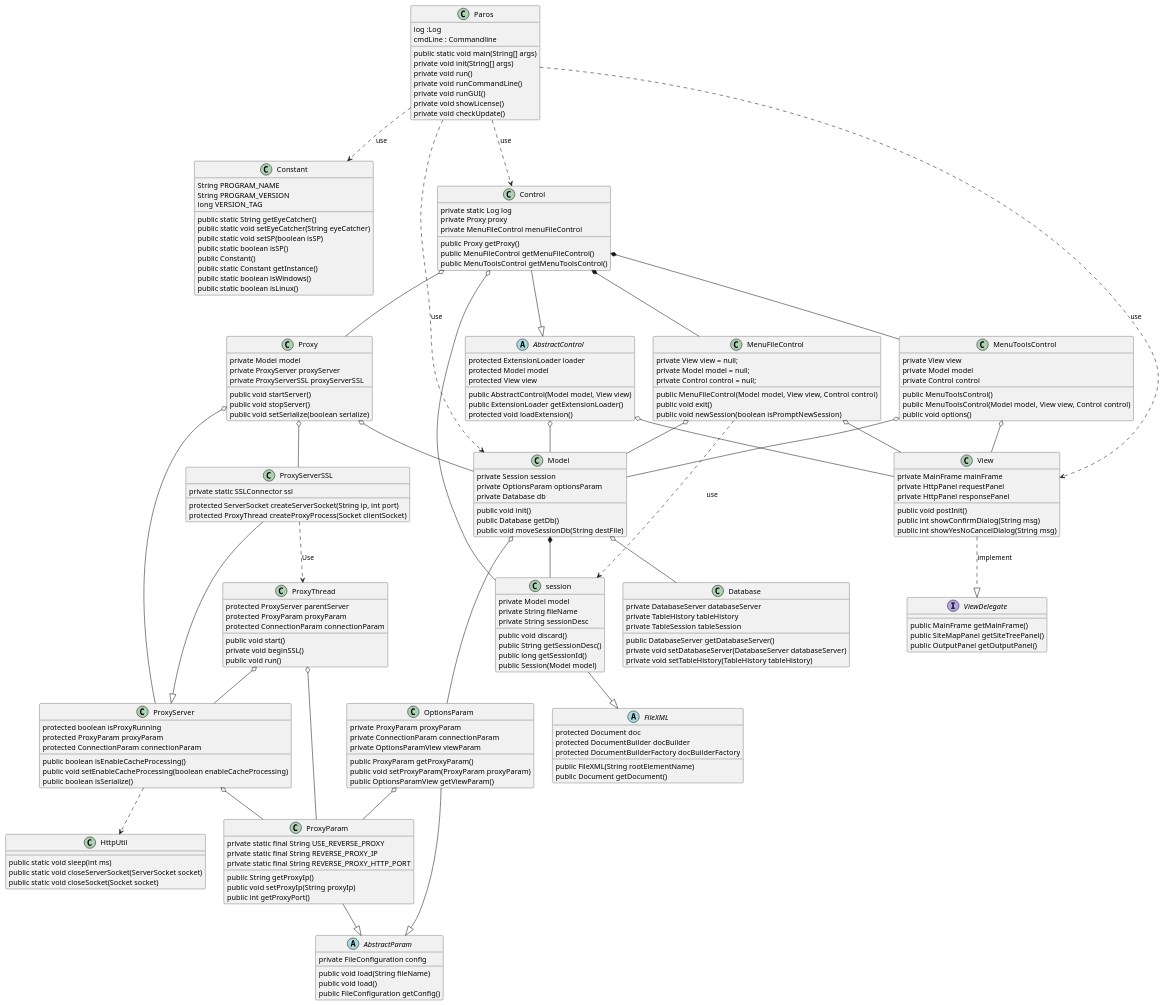
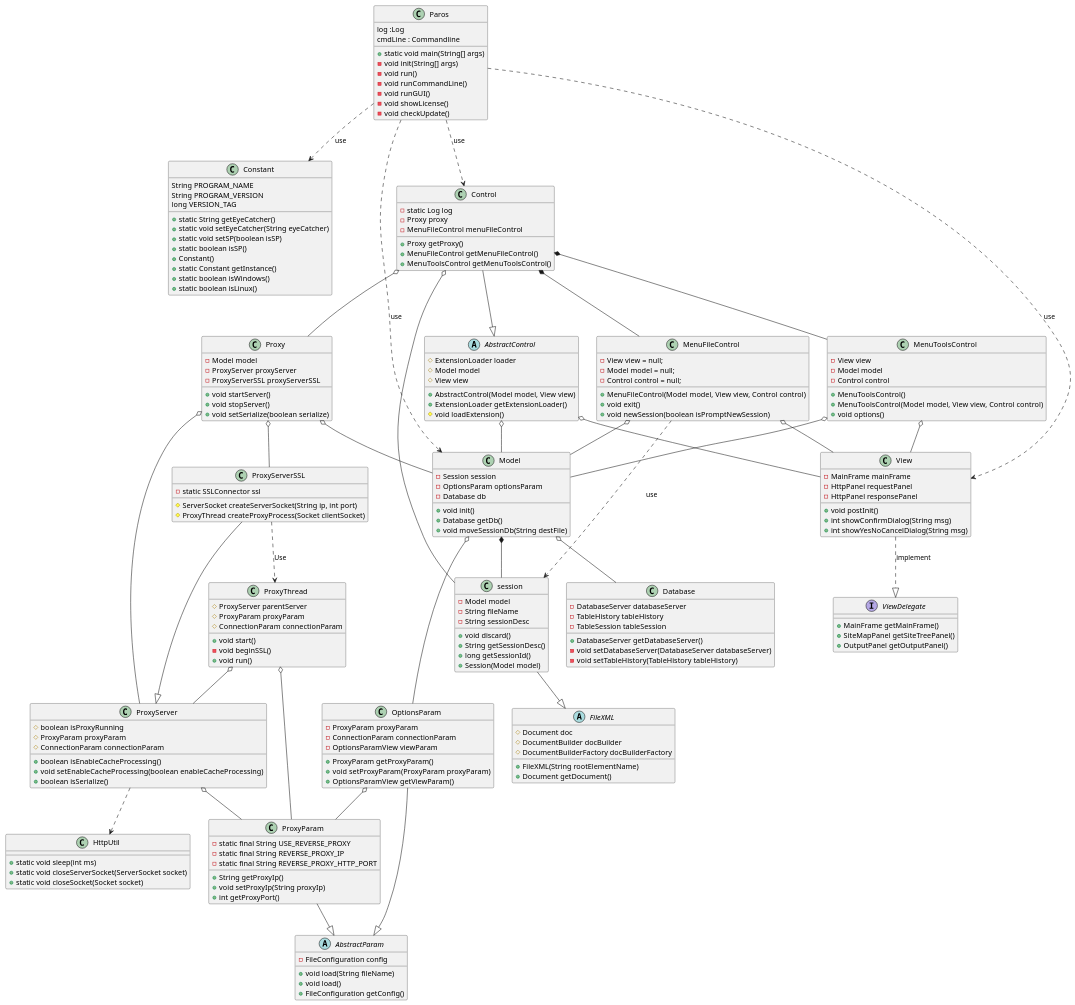
One commit to blxsheep/SoftArch_KMITL changed the diagram in paros_UML/class.plantuml. Above: the diagram before and after it, drawn with PlantUML. The commit also changed 1 other file, not shown here.

```diff
--- a/paros_UML/class.plantuml
+++ b/paros_UML/class.plantuml
@@ -3,170 +3,170 @@
     log :Log
     cmdLine : Commandline
     
-	public static void main(String[] args) 
-	private void init(String[] args)
-	private void run()
-	private void runCommandLine()
-	private void runGUI() 
-	private void showLicense()
-    private void checkUpdate()
+	+ static void main(String[] args) 
+	- void init(String[] args)
+	- void run()
+	- void runCommandLine()
+	- void runGUI() 
+	- void showLicense()
+    - void checkUpdate()
     }
 
 class Constant {
     String PROGRAM_NAME    
     String PROGRAM_VERSION 
     long VERSION_TAG
-    public static String getEyeCatcher()
-    public static void setEyeCatcher(String eyeCatcher)
-    public static void setSP(boolean isSP)
-    public static boolean isSP()
-    public Constant()
-    public static Constant getInstance()
-    public static boolean isWindows()
-    public static boolean isLinux()
+    + static String getEyeCatcher()
+    + static void setEyeCatcher(String eyeCatcher)
+    + static void setSP(boolean isSP)
+    + static boolean isSP()
+    + Constant()
+    + static Constant getInstance()
+    + static boolean isWindows()
+    + static boolean isLinux()
 }
 
 Paros ..> Constant : use
 abstract class FileXML {
-    protected Document doc 
-	protected DocumentBuilder docBuilder 
-	protected DocumentBuilderFactory docBuilderFactory 
-    public FileXML(String rootElementName)
-    public Document getDocument()
+    # Document doc 
+	# DocumentBuilder docBuilder 
+	# DocumentBuilderFactory docBuilderFactory 
+    + FileXML(String rootElementName)
+    + Document getDocument()
    
 }
 class Model {
-    private Session session 
-	private OptionsParam optionsParam 
-	private Database db 
-    public void init()
-    public Database getDb()
-    public void moveSessionDb(String destFile)
+    - Session session 
+	- OptionsParam optionsParam 
+	- Database db 
+    + void init()
+    + Database getDb()
+    + void moveSessionDb(String destFile)
 
 }
 class View {
-    private MainFrame mainFrame 
-	private HttpPanel requestPanel 
-	private HttpPanel responsePanel 
-    public void postInit()
-    public int showConfirmDialog(String msg)
-    public int showYesNoCancelDialog(String msg)
+    - MainFrame mainFrame 
+	- HttpPanel requestPanel 
+	- HttpPanel responsePanel 
+    + void postInit()
+    + int showConfirmDialog(String msg)
+    + int showYesNoCancelDialog(String msg)
 
     }
 class Control {
-    private static Log log 
-    private Proxy proxy 
-    private MenuFileControl menuFileControl 
-    public Proxy getProxy()
-    public MenuFileControl getMenuFileControl()
-    public MenuToolsControl getMenuToolsControl()
+    - static Log log 
+    - Proxy proxy 
+    - MenuFileControl menuFileControl 
+    + Proxy getProxy()
+    + MenuFileControl getMenuFileControl()
+    + MenuToolsControl getMenuToolsControl()
 }
 class session {
-    private Model model 
-	private String fileName 
-	private String sessionDesc 
-    public void discard()
-    public String getSessionDesc()
-    public long getSessionId()
-    public Session(Model model)
+    - Model model 
+	- String fileName 
+	- String sessionDesc 
+    + void discard()
+    + String getSessionDesc()
+    + long getSessionId()
+    + Session(Model model)
 }
 class OptionsParam {
-    private ProxyParam proxyParam 
-	private ConnectionParam connectionParam 
-	private OptionsParamView viewParam 
-    public ProxyParam getProxyParam()
-    public void setProxyParam(ProxyParam proxyParam)
-    public OptionsParamView getViewParam()
+    - ProxyParam proxyParam 
+	- ConnectionParam connectionParam 
+	- OptionsParamView viewParam 
+    + ProxyParam getProxyParam()
+    + void setProxyParam(ProxyParam proxyParam)
+    + OptionsParamView getViewParam()
 }
 class Database {
-    private DatabaseServer databaseServer 
-	private TableHistory tableHistory 
-	private TableSession tableSession 
-    public DatabaseServer getDatabaseServer()
-    private void setDatabaseServer(DatabaseServer databaseServer)
-    private void setTableHistory(TableHistory tableHistory)
+    - DatabaseServer databaseServer 
+	- TableHistory tableHistory 
+	- TableSession tableSession 
+    + DatabaseServer getDatabaseServer()
+    - void setDatabaseServer(DatabaseServer databaseServer)
+    - void setTableHistory(TableHistory tableHistory)
 }
 interface ViewDelegate{
-    public MainFrame getMainFrame()    
-    public SiteMapPanel getSiteTreePanel()    
-    public OutputPanel getOutputPanel()
+    + MainFrame getMainFrame()    
+    + SiteMapPanel getSiteTreePanel()    
+    + OutputPanel getOutputPanel()
     
 }
 abstract class AbstractControl {
-    protected ExtensionLoader loader 
-    protected Model model 
-    protected View view 
-    public AbstractControl(Model model, View view)
-    public ExtensionLoader getExtensionLoader()
-    protected void loadExtension()
+    # ExtensionLoader loader 
+    # Model model 
+    # View view 
+    + AbstractControl(Model model, View view)
+    + ExtensionLoader getExtensionLoader()
+    # void loadExtension()
 
 }
 class Proxy {
-    private Model model 
-	private ProxyServer proxyServer 
-	private ProxyServerSSL proxyServerSSL
-    public void startServer() 
-    public void stopServer()
-    public void setSerialize(boolean serialize)
+    - Model model 
+	- ProxyServer proxyServer 
+	- ProxyServerSSL proxyServerSSL
+    + void startServer() 
+    + void stopServer()
+    + void setSerialize(boolean serialize)
 }
 abstract class AbstractParam {
-    private FileConfiguration config
-    public void load(String fileName)
-    public void load() 
-    public FileConfiguration getConfig()
+    - FileConfiguration config
+    + void load(String fileName)
+    + void load() 
+    + FileConfiguration getConfig()
 
 }
 class ProxyParam {
-    private static final String USE_REVERSE_PROXY 
-	private static final String REVERSE_PROXY_IP 
-	private static final String REVERSE_PROXY_HTTP_PORT 
-	public String getProxyIp()
-    public void setProxyIp(String proxyIp)
-    public int getProxyPort()
+    - static final String USE_REVERSE_PROXY 
+	- static final String REVERSE_PROXY_IP 
+	- static final String REVERSE_PROXY_HTTP_PORT 
+	+ String getProxyIp()
+    + void setProxyIp(String proxyIp)
+    + int getProxyPort()
 }
 class ProxyServer{
     
-    protected boolean isProxyRunning 
-	protected ProxyParam proxyParam 
-	protected ConnectionParam connectionParam 
-    public boolean isEnableCacheProcessing()
-    public void setEnableCacheProcessing(boolean enableCacheProcessing)
-    public boolean isSerialize()
+    # boolean isProxyRunning 
+	# ProxyParam proxyParam 
+	# ConnectionParam connectionParam 
+    + boolean isEnableCacheProcessing()
+    + void setEnableCacheProcessing(boolean enableCacheProcessing)
+    + boolean isSerialize()
 }
 class ProxyServerSSL{
-    private static SSLConnector ssl
-    protected ServerSocket createServerSocket(String ip, int port)
-    protected ProxyThread createProxyProcess(Socket clientSocket)
+    - static SSLConnector ssl
+    # ServerSocket createServerSocket(String ip, int port)
+    # ProxyThread createProxyProcess(Socket clientSocket)
 
 }
 class ProxyThread {
-    protected ProxyServer parentServer 
-	protected ProxyParam proxyParam 
-	protected ConnectionParam connectionParam 
-    public void start()
-    private void beginSSL()
-    public void run()
+    # ProxyServer parentServer 
+	# ProxyParam proxyParam 
+	# ConnectionParam connectionParam 
+    + void start()
+    - void beginSSL()
+    + void run()
 }
 class HttpUtil {
-    public static void sleep(int ms)
-    public static void closeServerSocket(ServerSocket socket)
-    public static void closeSocket(Socket socket)
+    + static void sleep(int ms)
+    + static void closeServerSocket(ServerSocket socket)
+    + static void closeSocket(Socket socket)
 }
 class MenuFileControl{
-    private View view = null;
-    private Model model = null;
-    private Control control = null;
-    public MenuFileControl(Model model, View view, Control control)
-    public void exit()
-    public void newSession(boolean isPromptNewSession)
+    - View view = null;
+    - Model model = null;
+    - Control control = null;
+    + MenuFileControl(Model model, View view, Control control)
+    + void exit()
+    + void newSession(boolean isPromptNewSession)
 }
 class MenuToolsControl{
-    private View view 
-	private Model model 
-	private Control control 
-    public MenuToolsControl()
-    public MenuToolsControl(Model model, View view, Control control)
-    public void options()
+    - View view 
+	- Model model 
+	- Control control 
+    + MenuToolsControl()
+    + MenuToolsControl(Model model, View view, Control control)
+    + void options()
 }
 Paros ..> Model : use
 Paros ..> View : use
```
